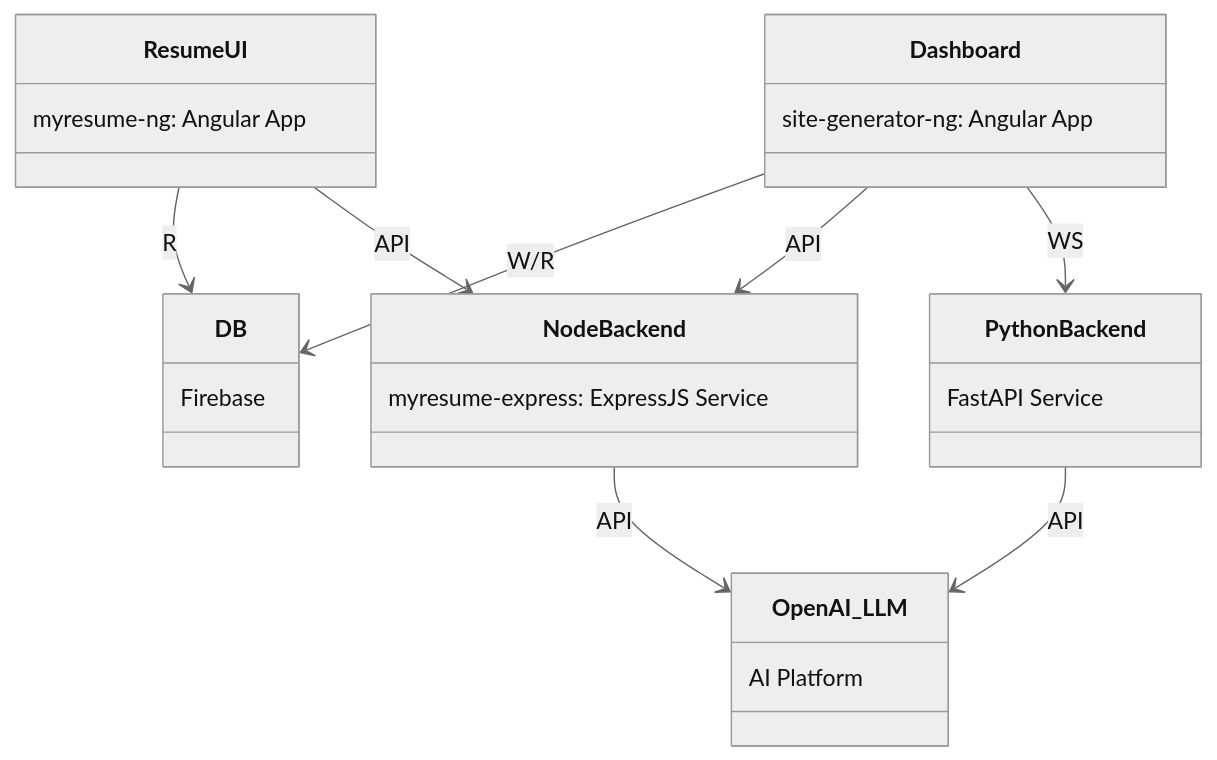
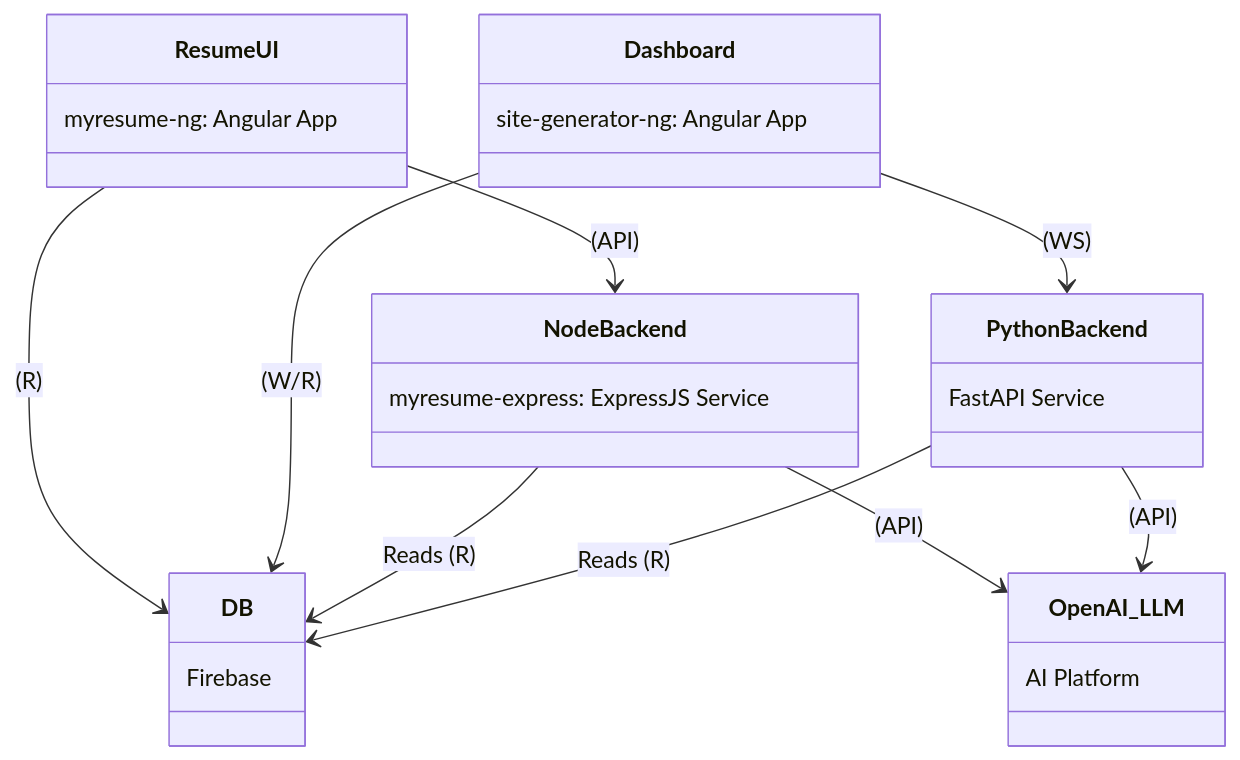
The diagram in README.md (thaer899/connectorzzz), drawn with Mermaid before and after one commit.

````diff
--- a/README.md
+++ b/README.md
@@ -24,32 +24,34 @@
 ```mermaid
-%%{init: {'theme': 'neutral'}}%%
+%%{init: {'theme': 'default'}}%%
 classDiagram
     class DB {
         Firebase
     }
     class ResumeUI {
         myresume-ng: Angular App
     }
     class Dashboard {
         site-generator-ng: Angular App
     }
     class NodeBackend {
         myresume-express: ExpressJS Service
     }
     class PythonBackend {
-       FastAPI Service
+        FastAPI Service
     }
     class OpenAI_LLM {
         AI Platform
     }
 
     %% Connections
-    ResumeUI --> DB : R
-    Dashboard --> DB : W/R
-    Dashboard --> NodeBackend : API
-    ResumeUI --> NodeBackend : API
-    NodeBackend --> OpenAI_LLM : API
-    Dashboard --> PythonBackend : WS
-    PythonBackend --> OpenAI_LLM : API
+    ResumeUI --> DB : (R)
+    Dashboard --> DB : (W/R)
+    ResumeUI --> NodeBackend : (API)
+    NodeBackend --> DB : Reads (R)
+    NodeBackend --> OpenAI_LLM : (API)
+    Dashboard --> PythonBackend : (WS)
+    PythonBackend --> DB : Reads (R)
+    PythonBackend --> OpenAI_LLM : (API)
+
 
 ```
````
